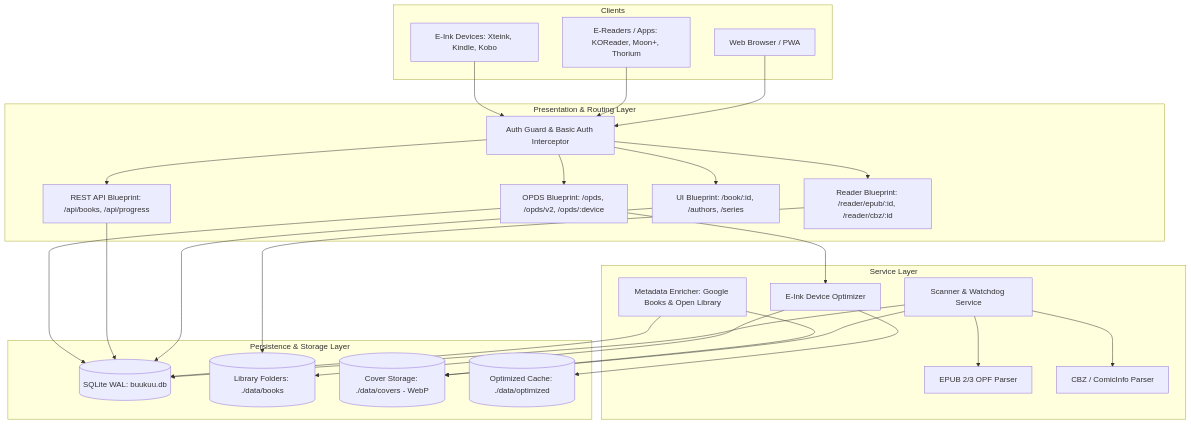
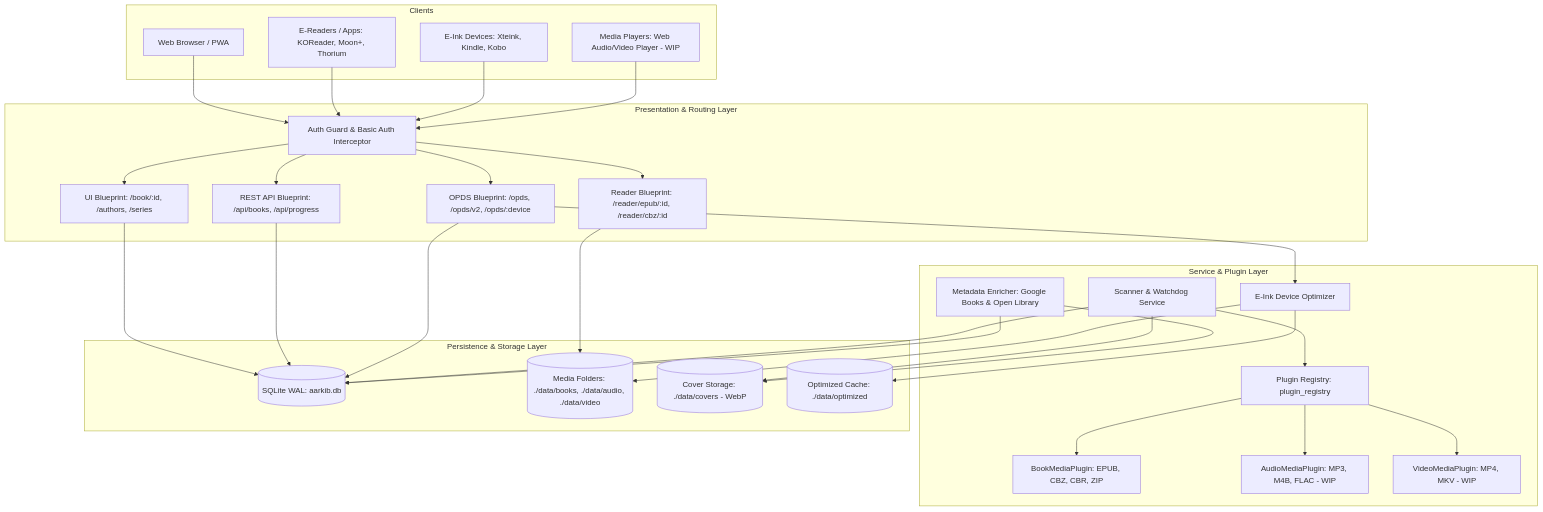
The first of 4 diagrams in design.md (syfq91/aarkib), drawn with Mermaid before and after one commit. The commit also changed other lines of this file and 129 other files, not shown here.

Commit message:
feat: rename app and package to aarkib and document WIP video and audio support

````diff
--- a/design.md
+++ b/design.md
@@ -22,58 +23,64 @@
 ```mermaid
 graph TD
     subgraph Clients
         Web[Web Browser / PWA]
         EReader[E-Readers / Apps: KOReader, Moon+, Thorium]
         EInk[E-Ink Devices: Xteink, Kindle, Kobo]
+        MediaPlayer[Media Players: Web Audio/Video Player - WIP]
     end
 
     subgraph Presentation & Routing Layer
         AuthFilter[Auth Guard & Basic Auth Interceptor]
         UIRoutes[UI Blueprint: /book/:id, /authors, /series]
         APIRoutes[REST API Blueprint: /api/books, /api/progress]
         OPDSRoutes[OPDS Blueprint: /opds, /opds/v2, /opds/:device]
         ReaderRoutes[Reader Blueprint: /reader/epub/:id, /reader/cbz/:id]
     end
 
-    subgraph Service Layer
+    subgraph Service & Plugin Layer
+        PluginRegistry[Plugin Registry: plugin_registry]
+        BookPlugin[BookMediaPlugin: EPUB, CBZ, CBR, ZIP]
+        AudioPlugin[AudioMediaPlugin: MP3, M4B, FLAC - WIP]
+        VideoPlugin[VideoMediaPlugin: MP4, MKV - WIP]
         Scanner[Scanner & Watchdog Service]
-        EPUBParser[EPUB 2/3 OPF Parser]
-        CBZParser[CBZ / ComicInfo Parser]
         Optimizer[E-Ink Device Optimizer]
         Enricher[Metadata Enricher: Google Books & Open Library]
     end
 
     subgraph Persistence & Storage Layer
-        DB[(SQLite WAL: buukuu.db)]
-        BooksDir[(Library Folders: ./data/books)]
+        DB[(SQLite WAL: aarkib.db)]
+        BooksDir[(Media Folders: ./data/books, ./data/audio, ./data/video)]
         CoversDir[(Cover Storage: ./data/covers - WebP)]
         OptimizedDir[(Optimized Cache: ./data/optimized)]
     end
 
     Web --> AuthFilter
     EReader --> AuthFilter
     EInk --> AuthFilter
+    MediaPlayer --> AuthFilter
 
     AuthFilter --> UIRoutes
     AuthFilter --> APIRoutes
     AuthFilter --> OPDSRoutes
     AuthFilter --> ReaderRoutes
 
     UIRoutes --> DB
     APIRoutes --> DB
     ReaderRoutes --> BooksDir
 
     OPDSRoutes --> DB
     OPDSRoutes --> Optimizer
 
-    Scanner --> EPUBParser
-    Scanner --> CBZParser
+    Scanner --> PluginRegistry
+    PluginRegistry --> BookPlugin
+    PluginRegistry --> AudioPlugin
+    PluginRegistry --> VideoPlugin
     Scanner --> DB
     Scanner --> CoversDir
 
     Optimizer --> BooksDir
     Optimizer --> OptimizedDir
 
     Enricher --> DB
     Enricher --> CoversDir
 ```
````
